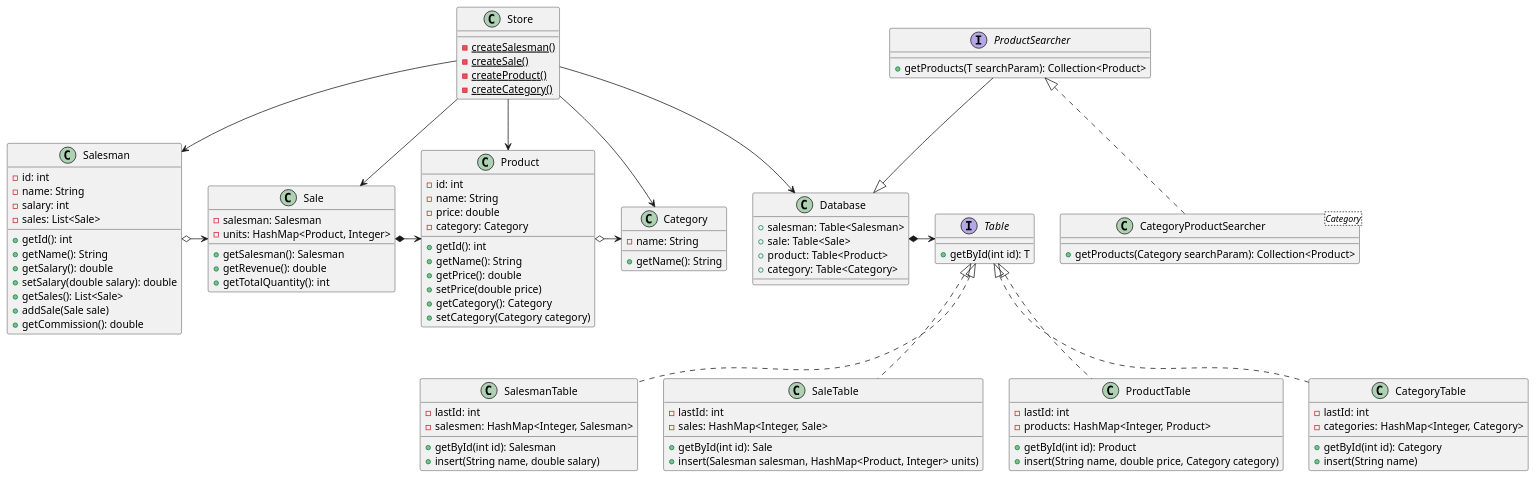
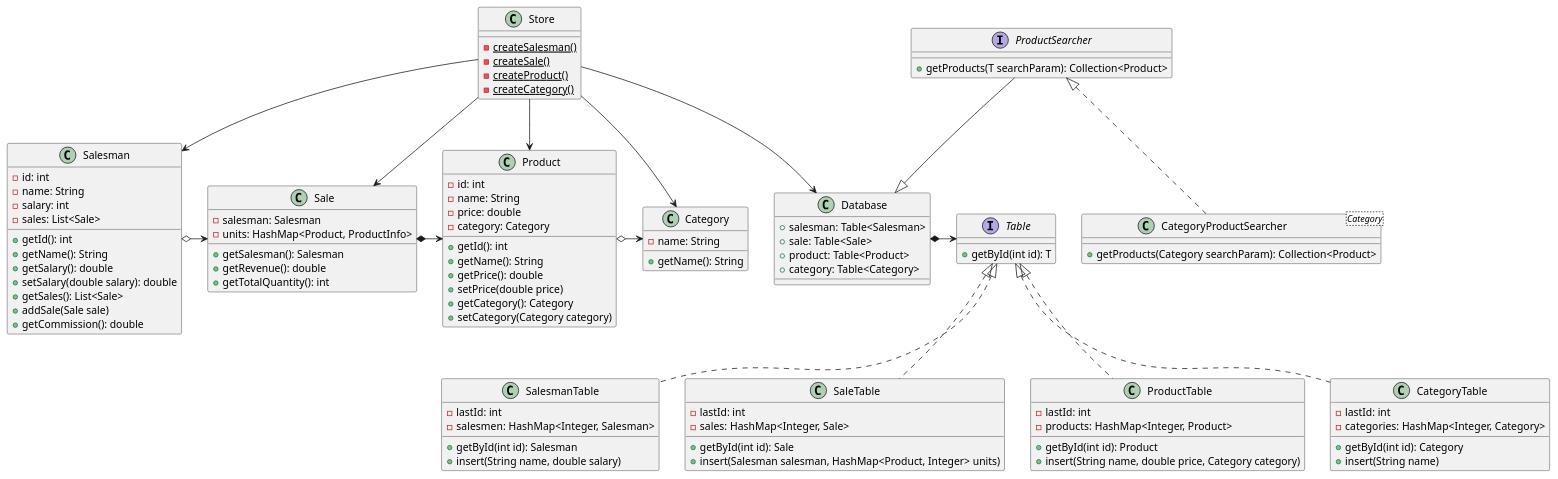
The diagram in diagrams/Class.puml (TomRolB/sales), drawn with PlantUML before and after one commit. The commit also changed 18 other files, not shown here.

```diff
--- a/diagrams/Class.puml
+++ b/diagrams/Class.puml
@@ -1,111 +1,111 @@
 @startuml
 'https://plantuml.com/class-diagram
 
 class Database {
     + salesman: Table<Salesman>
     + sale: Table<Sale>
     + product: Table<Product>
     + category: Table<Category>
 }
 
 interface Table {
     + getById(int id): T
 }
 
 class SalesmanTable implements Table {
     - lastId: int
     - salesmen: HashMap<Integer, Salesman>
     + getById(int id): Salesman
     + insert(String name, double salary)
 }
 
 class SaleTable implements Table {
     - lastId: int
     - sales: HashMap<Integer, Sale>
     + getById(int id): Sale
     + insert(Salesman salesman, HashMap<Product, Integer> units)
 }
 
 class ProductTable implements Table {
     - lastId: int
     - products: HashMap<Integer, Product>
     + getById(int id): Product
     + insert(String name, double price, Category category)
 }
 
 class CategoryTable implements Table {
     - lastId: int
     - categories: HashMap<Integer, Category>
     + getById(int id): Category
     + insert(String name)
 }
 
 class Store {
     - {static} createSalesman()
     - {static} createSale()
     - {static} createProduct()
     - {static} createCategory()
 }
 
 class Salesman {
     - id: int
     - name: String
     - salary: int
     - sales: List<Sale>
     + getId(): int
     + getName(): String
     + getSalary(): double
     + setSalary(double salary): double
     + getSales(): List<Sale>
     + addSale(Sale sale)
     + getCommission(): double
 }
 
 class Sale {
     - salesman: Salesman
-    - units: HashMap<Product, Integer>
+    - units: HashMap<Product, ProductInfo>
     + getSalesman(): Salesman
     + getRevenue(): double
     + getTotalQuantity(): int
 }
 
 class Product {
     - id: int
     - name: String
     - price: double
     - category: Category
     + getId(): int
     + getName(): String
     + getPrice(): double
     + setPrice(double price)
     + getCategory(): Category
     + setCategory(Category category)
 }
 
 class Category {
     - name: String
     + getName(): String
 }
 
 interface ProductSearcher {
     + getProducts(T searchParam): Collection<Product>
 }
 
 class CategoryProductSearcher<Category> implements ProductSearcher {
     + getProducts(Category searchParam): Collection<Product>
 }
 
 Store --> Salesman
 Store --> Sale
 Store --> Product
 Store --> Category
 Store --> Database
 
 Database *-> Table
 
 Salesman o-> Sale
 Sale *-> Product
 Product o-> Category
 ProductSearcher --|> Database
 
 @enduml
```
